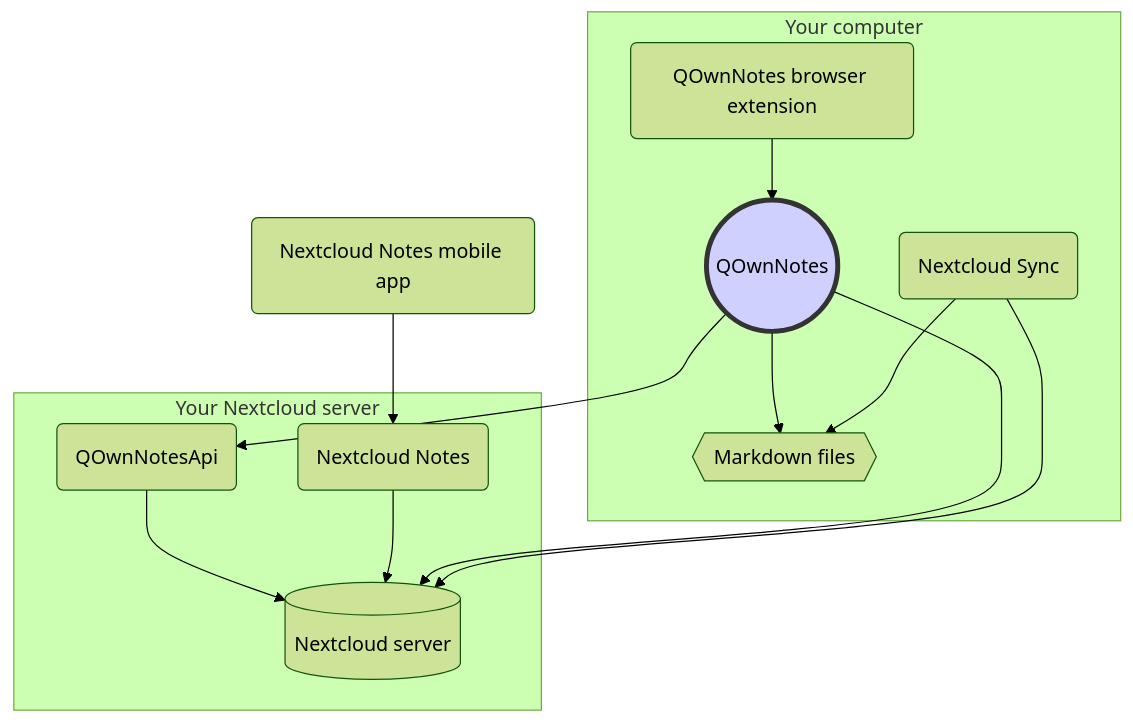
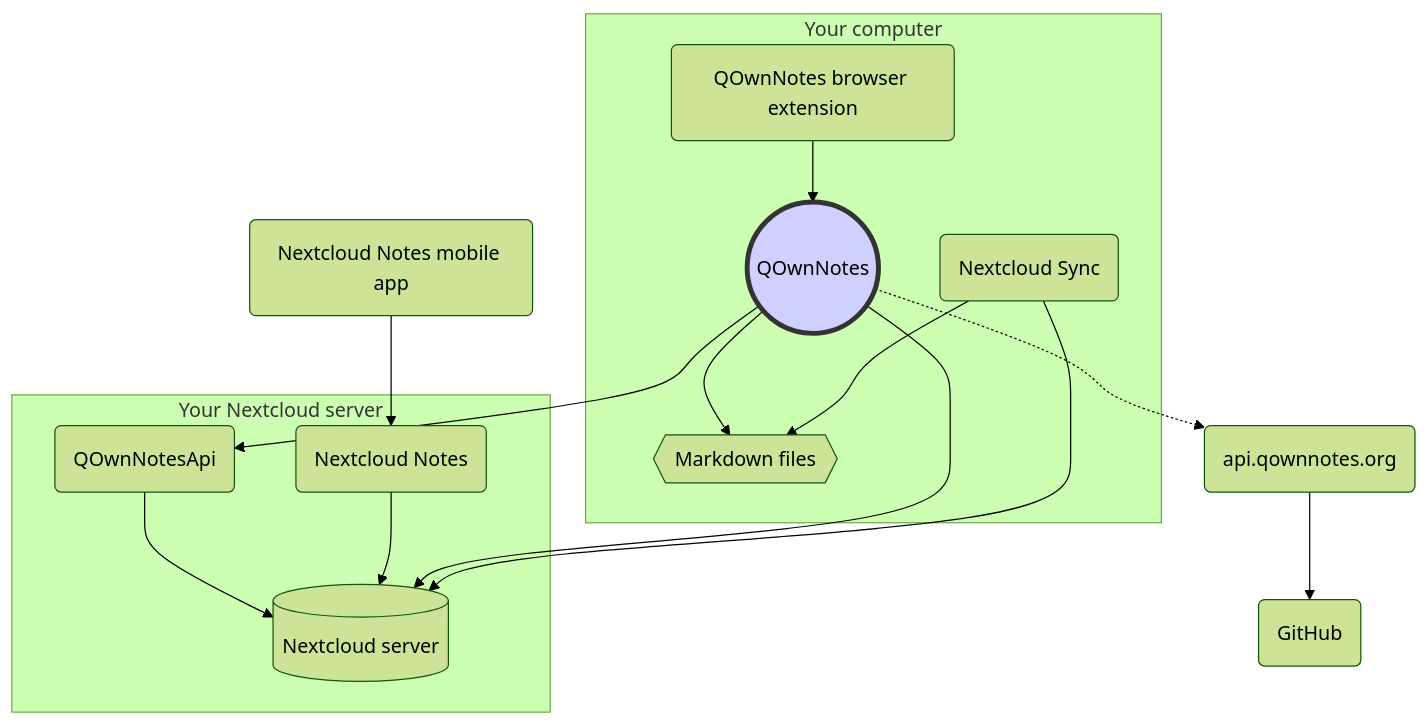
The diagram in webpage/src/getting-started/concept.md (pbek/QOwnNotes), drawn with Mermaid (forest theme) before and after one commit. The commit also changed other lines of this file and 2 other files, not shown here.

Commit message:
Implement api.qownnotes.org latest release api (#1900)

````diff
--- a/webpage/src/getting-started/concept.md
+++ b/webpage/src/getting-started/concept.md
@@ -3,27 +3,30 @@
 ```mermaid
 graph TB
     subgraph Your computer
         qon((QOwnNotes))-->md{{"Markdown files"}}
         sync("Nextcloud Sync")-->md
         qon-comp("QOwnNotes browser extension")-->qon
     end
     subgraph Your Nextcloud server
         qon-api("QOwnNotesApi")-->ncs[("Nextcloud server")]
         nc-notes-app("Nextcloud Notes")-->ncs
     end
 
     nc-notes-mob("Nextcloud Notes mobile app")-->nc-notes-app
     qon-->qon-api
     qon-->ncs
     sync-->ncs
+    qon-.->qon-web-api("api.qownnotes.org")
+    qon-web-api-->github("GitHub")
 
     style qon fill:#d0d0ff,stroke:#333,stroke-width:4px
     click qon "/getting-started/concept.html#qownnotes" "QOwnNotes Desktop Application for managing your notes on your desktop computer"
     click md "/getting-started/concept.html#markdown-note-files" "Markdown, media and attachment files in your note folder"
     click qon-comp "/getting-started/concept.html#qownnotes-browser-extension" "QOwnNotes browser extension for managing bookmarks in markdown files and as web clipper"
     click sync "/getting-started/concept.html#nextcloud-desktop-sync-client" "Nextcloud desktop sync client to sync your notes to your server"
     click ncs "/getting-started/concept.html#nextcloud-server" "Nextcloud server to host your notes and other files"
     click qon-api "/getting-started/concept.html#qownnotesapi-nextcloud-app" "QOwnNotesAPI Nextcloud app to access your server-side trash and note versions"
     click nc-notes-app "/getting-started/concept.html#nextcloud-notes-server-app" "Nextcloud Notes server app to manage your notes in the web"
     click nc-notes-mob "/getting-started/concept.html#nextcloud-notes-mobile-app" "Nextcloud Notes mobile app to manage your notes on your mobile phone"
+    click qon-web-api "/getting-started/concept.html#api-qownnotes-org"
 ```
````
